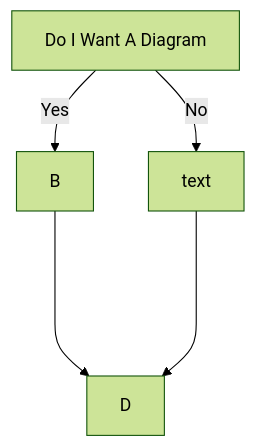
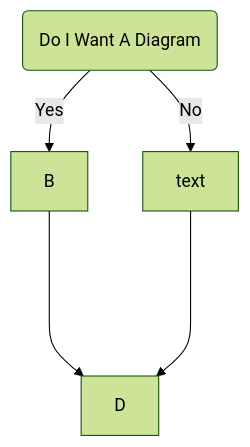
Before and after one commit to PanGalacticTech/ISOpower: the first of 2 diagrams in Documentation/diagram_with_mermaid.md, drawn with Mermaid (forest theme). The commit also changed other lines of this file, not shown here.

````diff
--- a/Documentation/diagram_with_mermaid.md
+++ b/Documentation/diagram_with_mermaid.md
@@ -5,7 +5,7 @@
 ```mermaid
   graph TD;    
       A[Do I Want A Diagram]-- Yes -->B;
-      A[Do I Want A Diagram]-- No -->C[text];
+      A(Do I Want A Diagram)-- No -->C[text];
       B---->D;
       C---->D;
 ```
````
